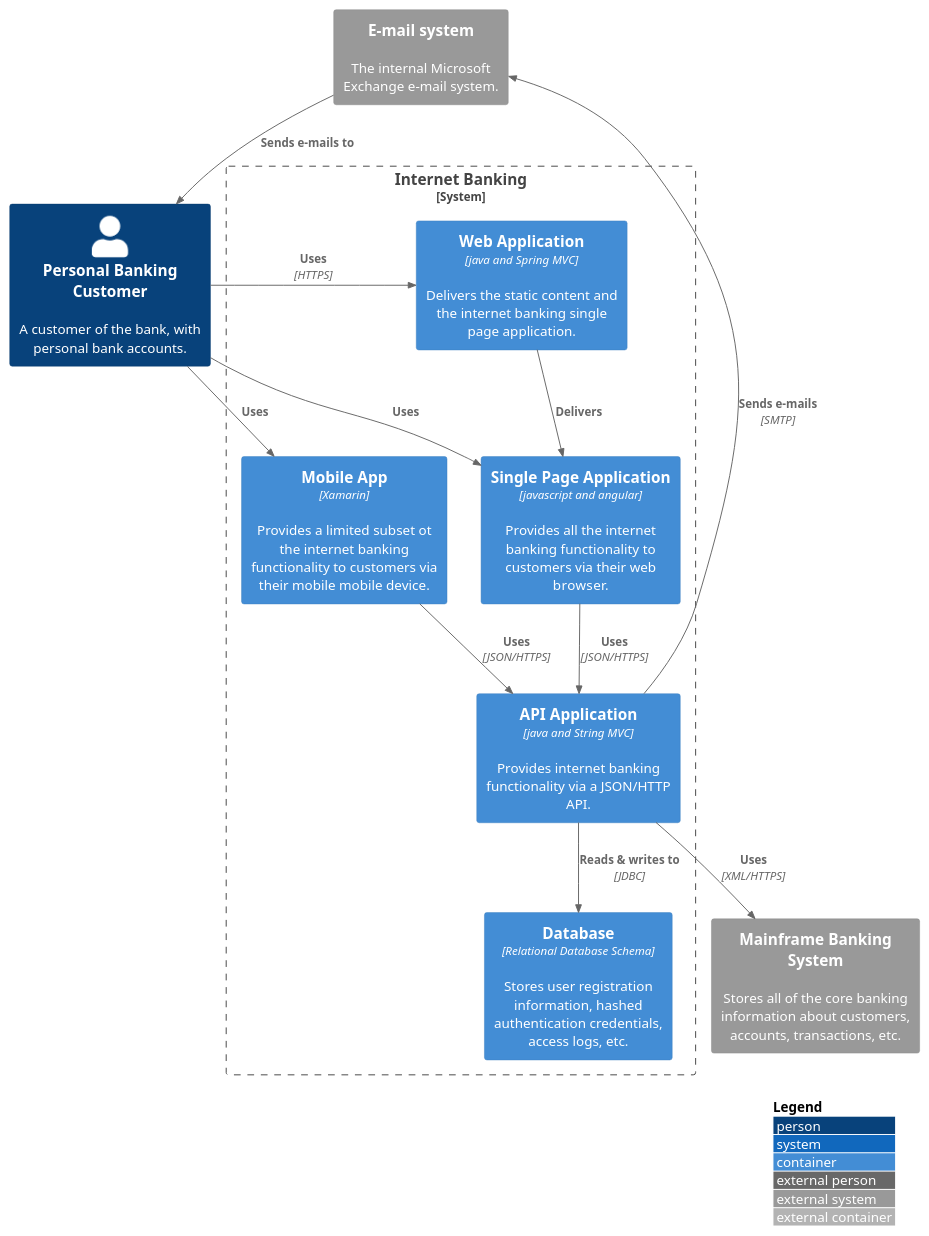
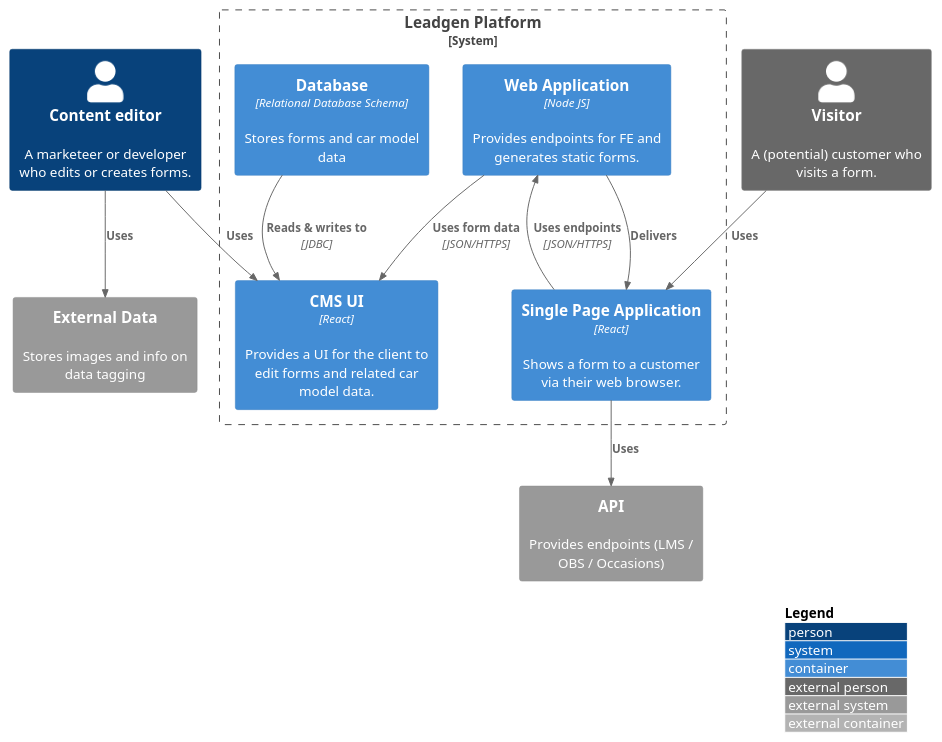
The diagram in src/1 Lead Gen Platform/system.puml (gitwazzup/lead-gen-c4), drawn with PlantUML before and after one commit. The commit also changed 14 other files, not shown here.

Commit message:
created container diagram

```diff
--- a/src/1 Lead Gen Platform/system.puml
+++ b/src/1 Lead Gen Platform/system.puml
@@ -1,28 +1,26 @@
 @startuml
 !include https://raw.githubusercontent.com/adrianvlupu/C4-PlantUML/latest/C4_Container.puml
 
 LAYOUT_WITH_LEGEND()
 
-Person(pbc, "Personal Banking Customer", "A customer of the bank, with personal bank accounts.")
-System_Ext(es, "E-mail system", "The internal Microsoft Exchange e-mail system.")
-System_Ext(mbs, "Mainframe Banking System", "Stores all of the core banking information about customers, accounts, transactions, etc.")
-System_Boundary(ibs, "Internet Banking") {
-    Container(wa, "Web Application", "java and Spring MVC", "Delivers the static content and the internet banking single page application.")
-    Container(spa, "Single Page Application", "javascript and angular", "Provides all the internet banking functionality to customers via their web browser.")
-    Container(ma, "Mobile App", "Xamarin", "Provides a limited subset ot the internet banking functionality to customers via their mobile mobile device.")
-    Container(db, "Database", "Relational Database Schema", "Stores user registration information, hashed authentication credentials, access logs, etc.")
-    Container(api, "API Application", "java and String MVC", "Provides internet banking functionality via a JSON/HTTP API.")
+Person(editor, "Content editor", "A marketeer or developer who edits or creates forms.")
+Person_Ext(visitor, "Visitor", "A (potential) customer who visits a form.")
+System_Ext(api, "API", "Provides endpoints (LMS / OBS / Occasions)")
+System_Ext(ext_data, "External Data", "Stores images and info on data tagging")
+System_Boundary(lgp, "Leadgen Platform") {
+    Container(wa, "Web Application", "Node JS", "Provides endpoints for FE and generates static forms.")
+    Container(spa, "Single Page Application", "React", "Shows a form to a customer via their web browser.")
+    Container(cms, "CMS UI", "React", "Provides a UI for the client to edit forms and related car model data.")
+    Container(db, "Database", "Relational Database Schema", "Stores forms and car model data")
 
-    Rel(api, es, "Sends e-mails", "SMTP")
-    Rel(api, mbs, "Uses", "XML/HTTPS")
-    Rel(api, db, "Reads & writes to", "JDBC")
+    Rel(spa, wa, "Uses endpoints", "JSON/HTTPS")
+    Rel(wa, cms, "Uses form data", "JSON/HTTPS")
+    Rel(db, cms, "Reads & writes to", "JDBC")
     Rel(wa, spa, "Delivers")
-    Rel(spa, api, "Uses", "JSON/HTTPS")
-    Rel(ma, api, "Uses", "JSON/HTTPS")
 }
 
-Rel(pbc, wa, "Uses", "HTTPS")
-Rel(pbc, spa, "Uses")
-Rel(pbc, ma, "Uses")
-Rel(es, pbc, "Sends e-mails to")
+Rel(editor, cms, "Uses")
+Rel(editor, ext_data, "Uses")
+Rel(visitor, spa, "Uses")
+Rel(spa, api, "Uses")
 @enduml
```
